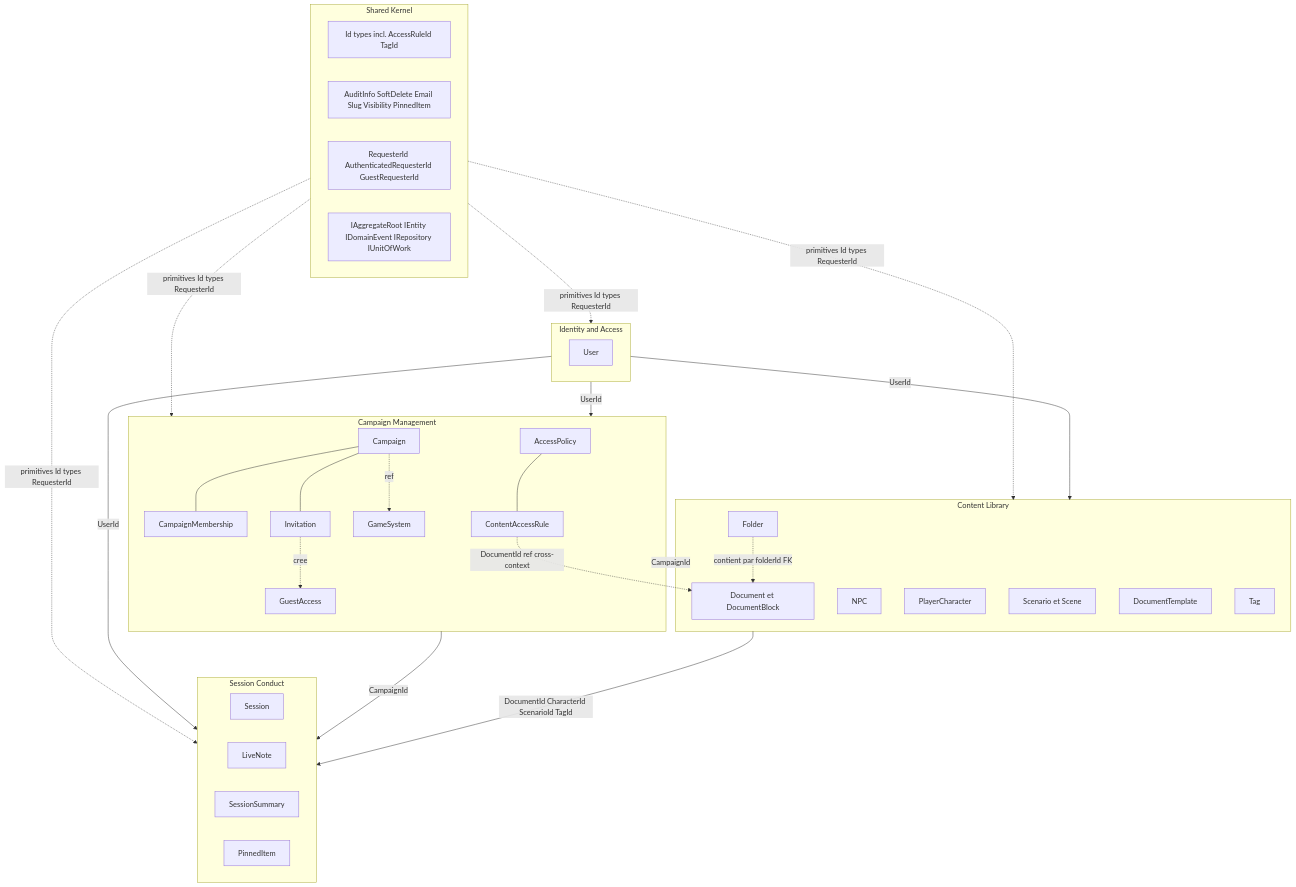
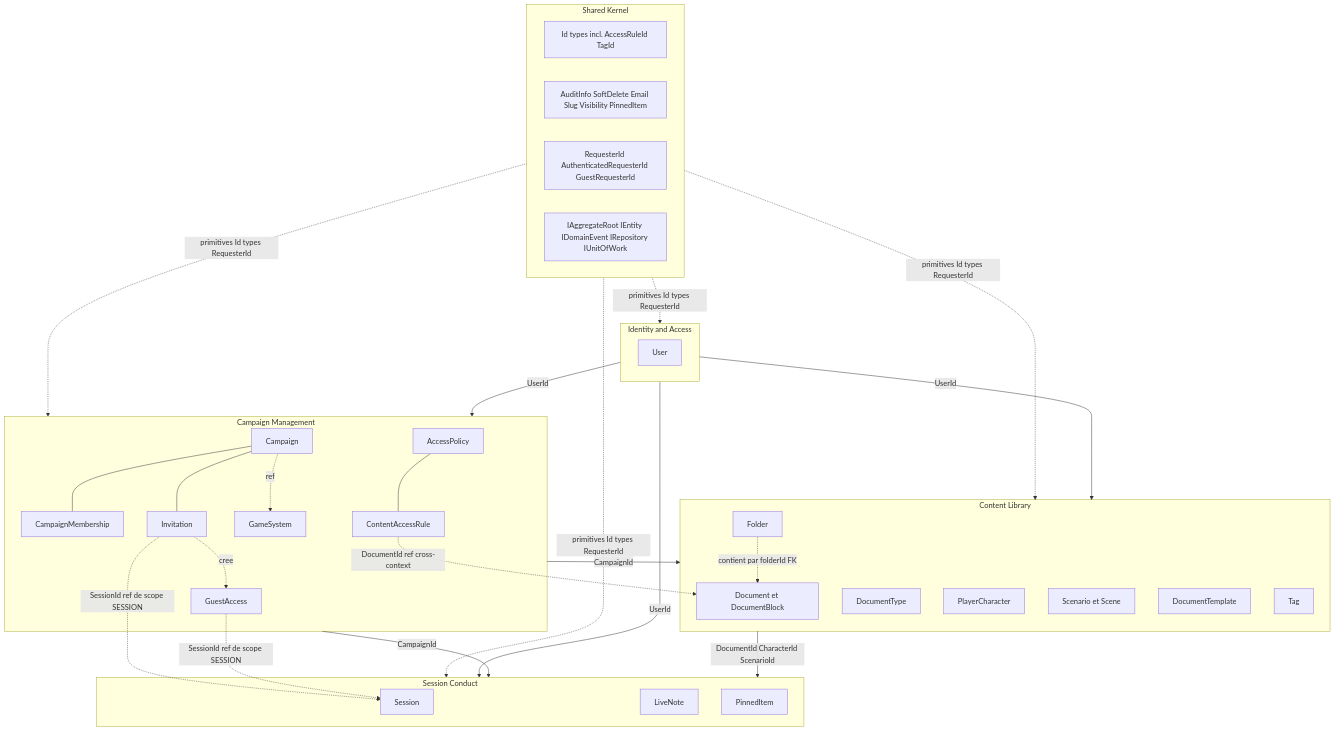
The diagram in docs/conception/classes/context-map.md (2025-10-CDA-ECO-P6/PM-micro-saas), drawn with Mermaid before and after one commit. The commit also changed other lines of this file and 102 other files, not shown here.

Commit message:
docs: update data and class diagrams to align with domain refactoring

````diff
--- a/docs/conception/classes/context-map.md
+++ b/docs/conception/classes/context-map.md
@@ -18,53 +20,54 @@
 ```mermaid
 graph TB
     subgraph CORE[Shared Kernel]
         IDS[Id types incl. AccessRuleId TagId]
         PRIM[AuditInfo SoftDelete Email Slug Visibility PinnedItem]
         REQ[RequesterId AuthenticatedRequesterId GuestRequesterId]
         ABS[IAggregateRoot IEntity IDomainEvent IRepository IUnitOfWork]
     end
     subgraph IA[Identity and Access]
         U[User]
     end
     subgraph CM[Campaign Management]
         CA[Campaign]
         MB[CampaignMembership]
         INV[Invitation]
         GA[GuestAccess]
         GS[GameSystem]
         AP[AccessPolicy]
         CR[ContentAccessRule]
     end
     subgraph CL[Content Library]
         DOC[Document et DocumentBlock]
-        NPC[NPC]
+        DT[DocumentType]
         PC[PlayerCharacter]
         SCE[Scenario et Scene]
         TPL[DocumentTemplate]
         FLD[Folder]
         TAG[Tag]
     end
     subgraph SE[Session Conduct]
         SS[Session]
         LN[LiveNote]
-        SUM[SessionSummary]
         PI[PinnedItem]
     end
     CORE -.->|primitives Id types RequesterId| IA
     CORE -.->|primitives Id types RequesterId| CM
     CORE -.->|primitives Id types RequesterId| CL
     CORE -.->|primitives Id types RequesterId| SE
     IA -->|UserId| CM
     IA -->|UserId| CL
     IA -->|UserId| SE
     CM -->|CampaignId| CL
     CM -->|CampaignId| SE
     CR -.->|DocumentId ref cross-context| DOC
-    CL -->|DocumentId CharacterId ScenarioId TagId| SE
+    INV -.->|SessionId ref de scope SESSION| SS
+    GA -.->|SessionId ref de scope SESSION| SS
+    CL -->|DocumentId CharacterId ScenarioId| SE
     FLD -.->|contient par folderId FK| DOC
     CA --- MB
     CA --- INV
     INV -.->|cree| GA
     AP --- CR
     CA -.->|ref| GS
 ```
````
